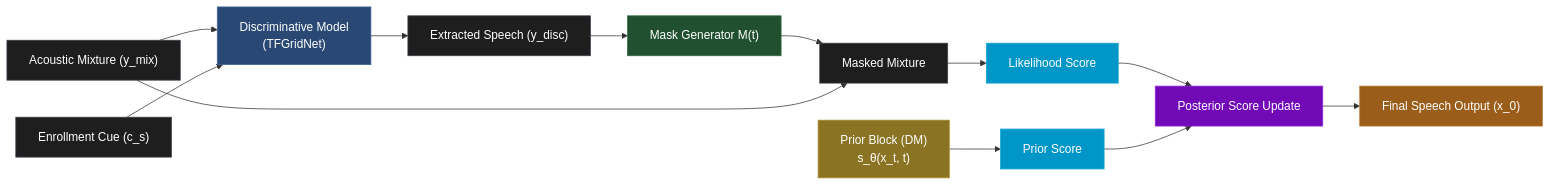
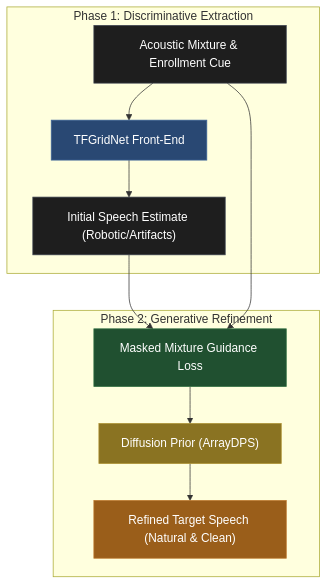
The diagram in README.md (AayushPrjapati/DPS-TSE), drawn with Mermaid before and after one commit.

Commit message:
Simplify pipeline diagram in README

````diff
--- a/README.md
+++ b/README.md
@@ -20,38 +20,21 @@
 ```mermaid
-graph LR
-    A["Acoustic Mixture (y_mix)"]
-    B["Enrollment Cue (c_s)"]
-    C["Discriminative Model<br>(TFGridNet)"]
-    D["Extracted Speech (y_disc)"]
-    E["Mask Generator M(t)"]
-    F["Masked Mixture"]
-    G["Prior Block (DM)<br>s_θ(x_t, t)"]
-    H["Likelihood Score"]
-    I["Prior Score"]
-    J["Posterior Score Update"]
-    K["Final Speech Output (x_0)"]
+graph TD
+    subgraph Phase 1: Discriminative Extraction
+        A["Acoustic Mixture & Enrollment Cue"] --> B["TFGridNet Front-End"]
+        B --> C["Initial Speech Estimate (Robotic/Artifacts)"]
+    end
 
-    A --> C
-    B --> C
-    C --> D
-    D --> E
-    E --> F
-    A --> F
-    F --> H
-    G --> I
-    H --> J
-    I --> J
-    J --> K
+    subgraph Phase 2: Generative Refinement
+        C --> D["Masked Mixture Guidance Loss"]
+        A --> D
+        D --> E["Diffusion Prior (ArrayDPS)"]
+        E --> F["Refined Target Speech (Natural & Clean)"]
+    end
 
     style A fill:#1e1e1e,stroke:#3e4451,stroke-width:1px,color:#ffffff
-    style B fill:#1e1e1e,stroke:#3e4451,stroke-width:1px,color:#ffffff
-    style C fill:#294873,stroke:#3f669a,stroke-width:1px,color:#ffffff
-    style D fill:#1e1e1e,stroke:#3e4451,stroke-width:1px,color:#ffffff
-    style E fill:#205030,stroke:#317042,stroke-width:1px,color:#ffffff
-    style F fill:#1e1e1e,stroke:#3e4451,stroke-width:1px,color:#ffffff
-    style G fill:#8a7322,stroke:#ab8f2f,stroke-width:1px,color:#ffffff
-    style H fill:#0096c7,stroke:#1aa8d7,stroke-width:1px,color:#ffffff
-    style I fill:#0096c7,stroke:#1aa8d7,stroke-width:1px,color:#ffffff
-    style J fill:#7209b7,stroke:#9225e3,stroke-width:1px,color:#ffffff
-    style K fill:#9a5e1a,stroke:#bc762b,stroke-width:1px,color:#ffffff
+    style B fill:#294873,stroke:#3f669a,stroke-width:1px,color:#ffffff
+    style C fill:#1e1e1e,stroke:#3e4451,stroke-width:1px,color:#ffffff
+    style D fill:#205030,stroke:#317042,stroke-width:1px,color:#ffffff
+    style E fill:#8a7322,stroke:#ab8f2f,stroke-width:1px,color:#ffffff
+    style F fill:#9a5e1a,stroke:#bc762b,stroke-width:1px,color:#ffffff
 ```
````
